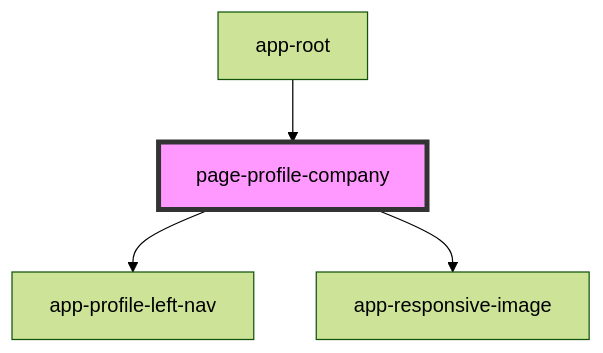
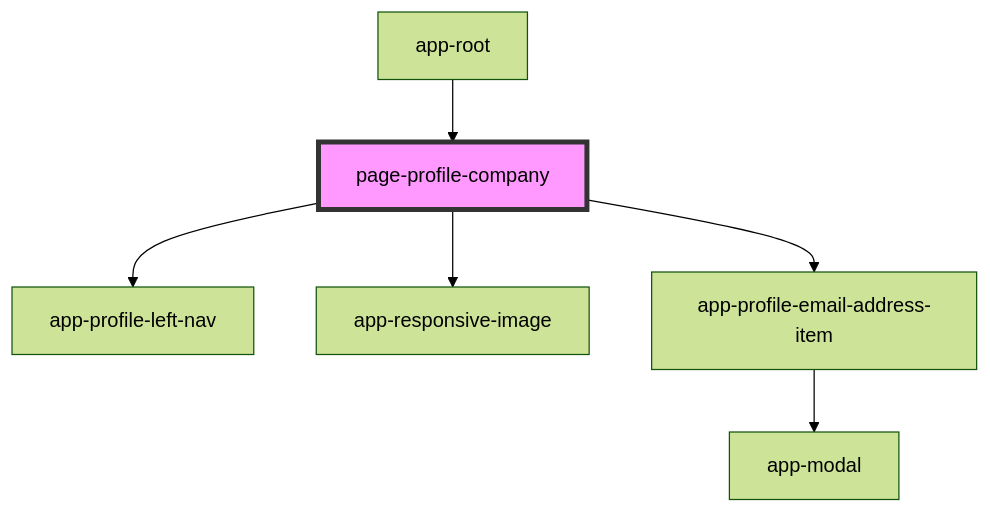
One commit to lokheed/IconEventNetwork.Web changed the diagram in iconeventnetwork-web/src/components/pages/page-profile-company/readme.md. Above: the diagram before and after it, drawn with Mermaid (forest theme). The commit also changed other lines of this file and 15 other files, not shown here.

Commit message:
Common modal component, email addres consumes

````diff
--- a/iconeventnetwork-web/src/components/pages/page-profile-company/readme.md
+++ b/iconeventnetwork-web/src/components/pages/page-profile-company/readme.md
@@ -27,7 +28,9 @@
 ```mermaid
 graph TD;
   page-profile-company --> app-profile-left-nav
   page-profile-company --> app-responsive-image
+  page-profile-company --> app-profile-email-address-item
+  app-profile-email-address-item --> app-modal
   app-root --> page-profile-company
   style page-profile-company fill:#f9f,stroke:#333,stroke-width:4px
 ```
````
